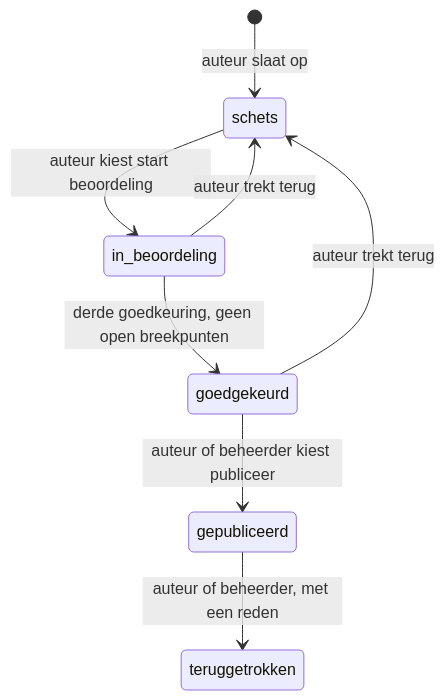
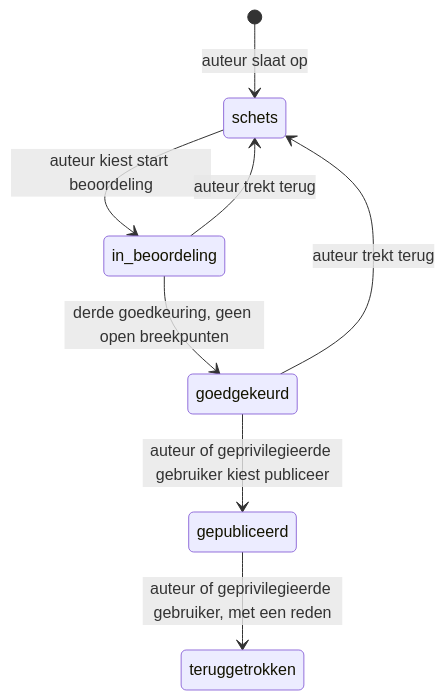
Before and after one commit to guidol-ive/hypha: the first of 2 diagrams in docs/handleiding/gebruik/05-beoordelen-en-publiceren.md, drawn with Mermaid. The commit also changed other lines of this file and 29 other files, not shown here.

````diff
--- a/docs/handleiding/gebruik/05-beoordelen-en-publiceren.md
+++ b/docs/handleiding/gebruik/05-beoordelen-en-publiceren.md
@@ -16,10 +16,10 @@
 ```mermaid
 stateDiagram-v2
     [*] --> schets: auteur slaat op
     schets --> in_beoordeling: auteur kiest start beoordeling
     in_beoordeling --> goedgekeurd: derde goedkeuring, geen open breekpunten
     in_beoordeling --> schets: auteur trekt terug
     goedgekeurd --> schets: auteur trekt terug
-    goedgekeurd --> gepubliceerd: auteur of beheerder kiest publiceer
-    gepubliceerd --> teruggetrokken: auteur of beheerder, met een reden
+    goedgekeurd --> gepubliceerd: auteur of geprivilegieerde gebruiker kiest publiceer
+    gepubliceerd --> teruggetrokken: auteur of geprivilegieerde gebruiker, met een reden
 ```
````
